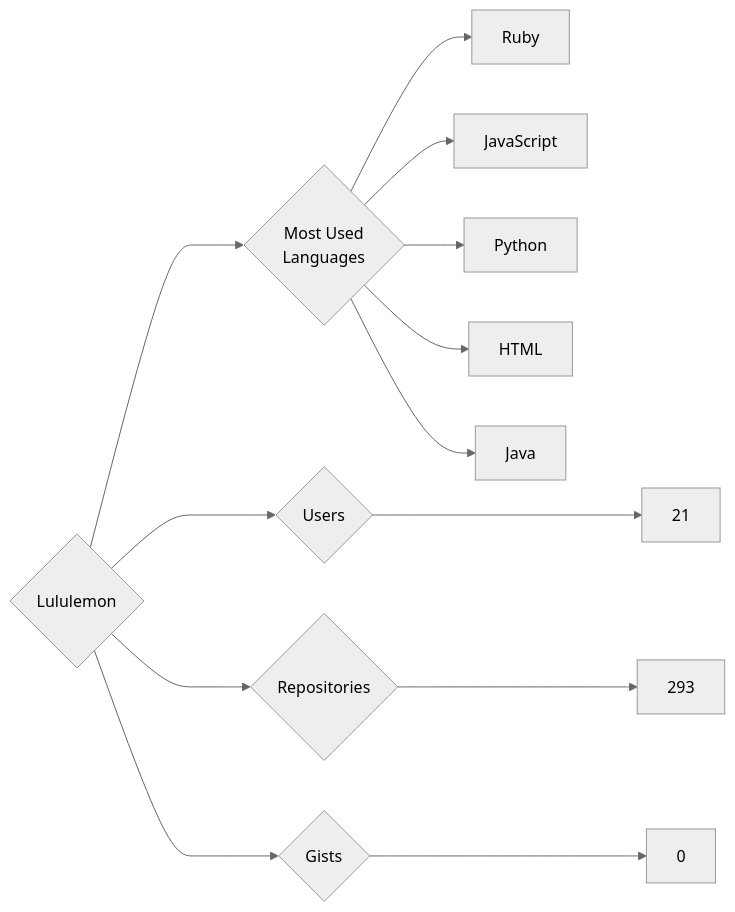
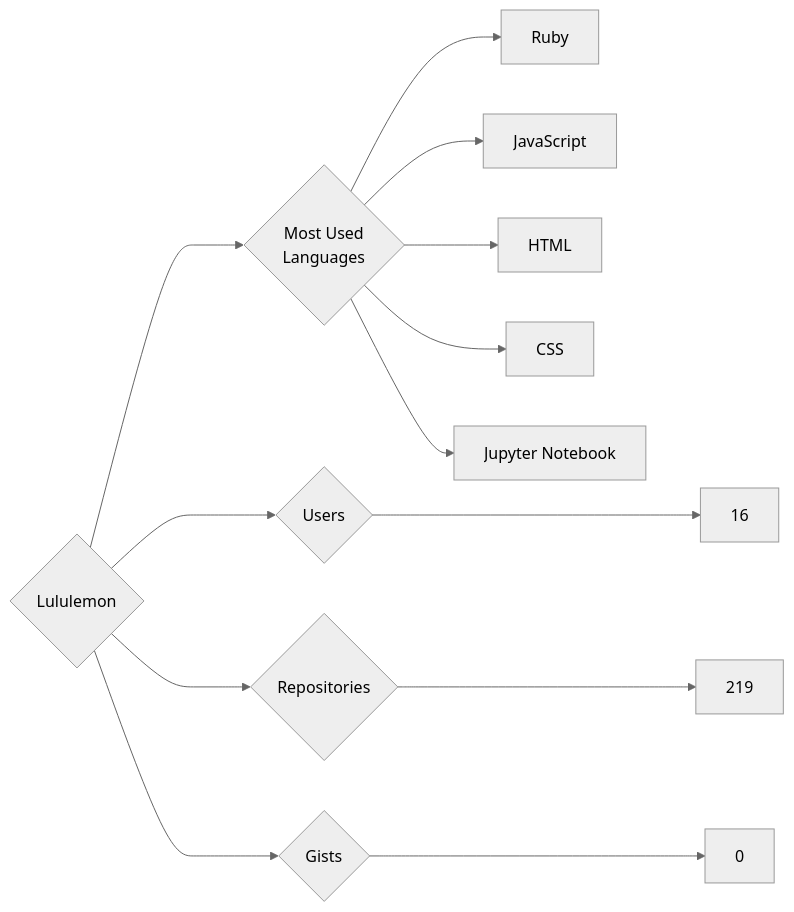
The diagram in targets/Lululemon/README.md (trickest/insiders), drawn with Mermaid (neutral theme) before and after one commit. The commit also changed 984 other files, not shown here.

````diff
--- a/targets/Lululemon/README.md
+++ b/targets/Lululemon/README.md
@@ -3,13 +3,13 @@
 ```mermaid
 graph LR
 COMPANY_NAME{Lululemon}
-COMPANY_NAME ---> U{Users} ---> UN[21]
-COMPANY_NAME ---> R{Repositories} ---> RN[293]
+COMPANY_NAME ---> U{Users} ---> UN[16]
+COMPANY_NAME ---> R{Repositories} ---> RN[219]
 COMPANY_NAME ---> G{Gists} ---> GN[0]
 COMPANY_NAME ---> ML{Most Used<br>Languages}
 ML --> Ruby[Ruby]
 ML --> JavaScript[JavaScript]
-ML --> Python[Python]
 ML --> HTML[HTML]
-ML --> Java[Java]
+ML --> CSS[CSS]
+ML --> Jupyter_Notebook[Jupyter Notebook]
 ```
````
